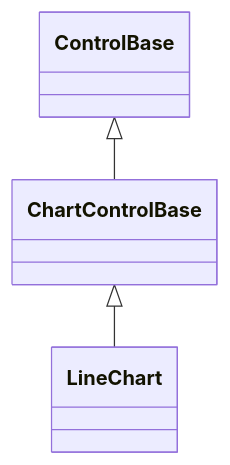
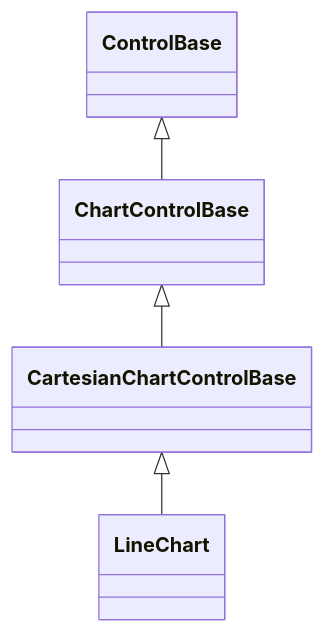
The diagram in docs/controls/charts/line-chart.md (pavkam/sharp-vision), drawn with Mermaid before and after one commit. The commit also changed other lines of this file and 42 other files, not shown here.

First line of the commit message:
feat(charts): add selection and polish chart rendering

````diff
--- a/docs/controls/charts/line-chart.md
+++ b/docs/controls/charts/line-chart.md
@@ -10,5 +10,6 @@
 ```mermaid
 classDiagram
     ControlBase <|-- ChartControlBase
-    ChartControlBase <|-- LineChart
+    ChartControlBase <|-- CartesianChartControlBase
+    CartesianChartControlBase <|-- LineChart
 ```
````
